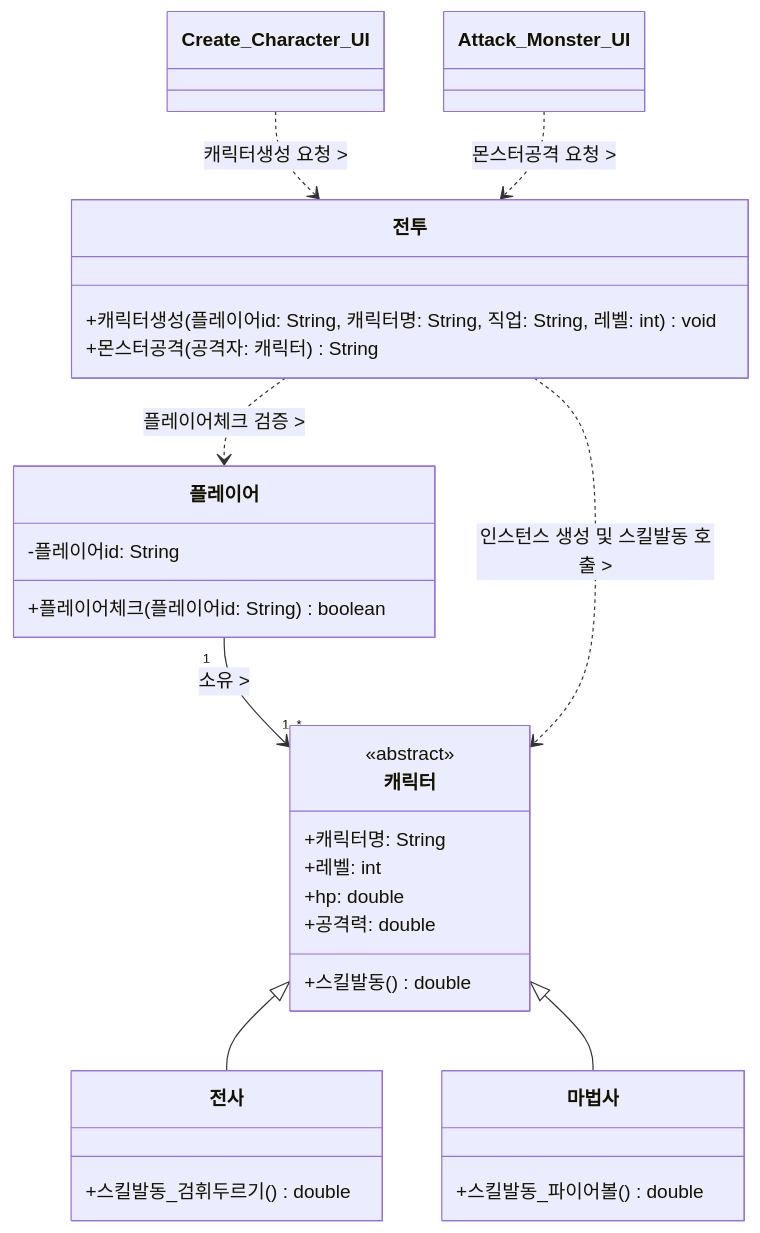
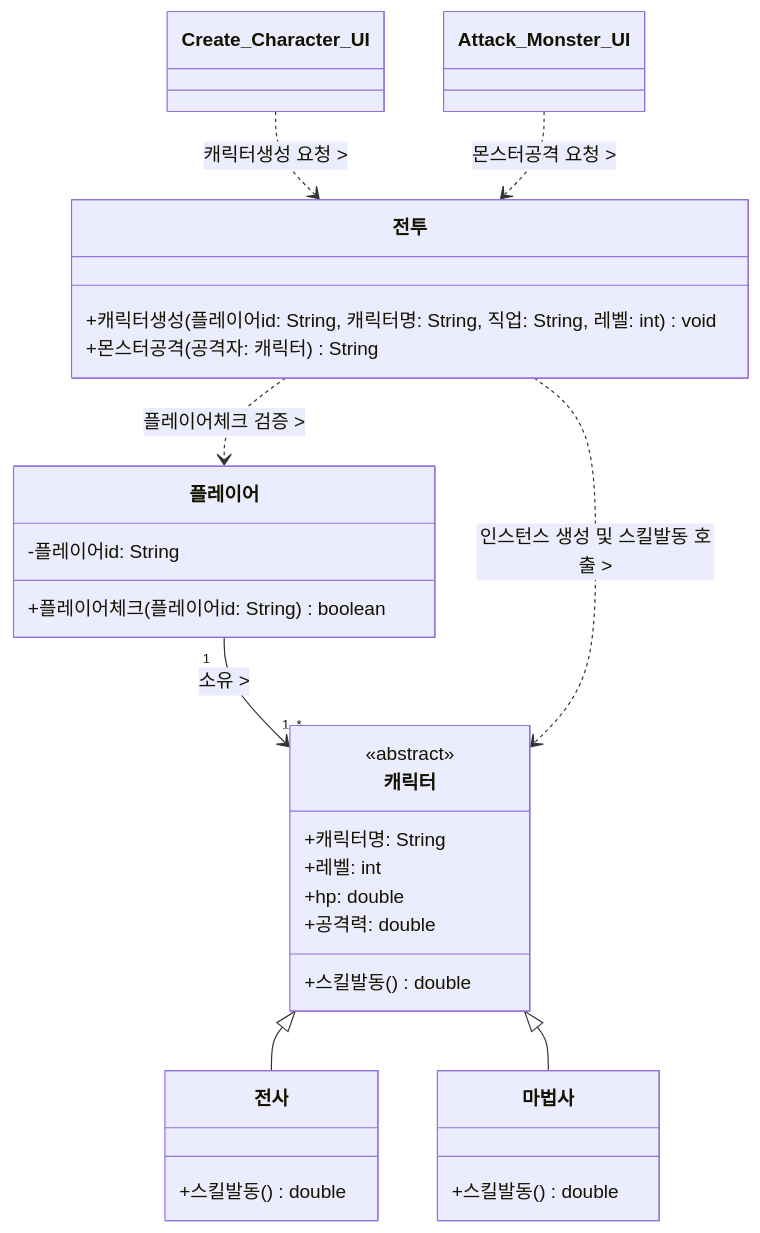
Before and after one commit to mezzunextdoor/DnF_Battle_B_03: the diagram in ClassDiagram.md, drawn with Mermaid.

````diff
--- a/ClassDiagram.md
+++ b/ClassDiagram.md
@@ -1,56 +1,56 @@
 ```mermaid
 classDiagram
     direction ISO
 
     %% UI Boundary Classes
     class Create_Character_UI {
 
     }
 
     class Attack_Monster_UI {
 
     }
 
     %% Control Class (요구사항 반영: 행위로 캐릭터생성, 몬스터공격 포함)
     class 전투 {
         +캐릭터생성(플레이어id: String, 캐릭터명: String, 직업: String, 레벨: int) void
         +몬스터공격(공격자: 캐릭터) String
     }
 
     %% Domain Classes
     class 플레이어 {
         -플레이어id: String
         +플레이어체크(플레이어id: String) boolean
     }
 
     class 캐릭터 {
         <<abstract>>
         +캐릭터명: String
         +레벨: int
         +hp: double
         +공격력: double
         +스킬발동() double
     }
 
     class 전사 {
-        +스킬발동_검휘두르기() double
+        +스킬발동() double
     }
 
     class 마법사 {
-        +스킬발동_파이어볼() double
+        +스킬발동() double
     }
 
     %% Relationships
     %% 1. 상속 및 소유 관계
     캐릭터 <|-- 전사
     캐릭터 <|-- 마법사
     플레이어 "1" --> "1..*" 캐릭터 : 소유 >
 
     %% 2. UI와 전투 클래스의 상호작용
     Create_Character_UI ..> 전투 : 캐릭터생성 요청 >
     Attack_Monster_UI ..> 전투 : 몬스터공격 요청 >
 
     %% 3. 전투 클래스의 비즈니스 로직 처리 (include 및 연산 수반)
     전투 ..> 플레이어 : 플레이어체크 검증 >
     전투 ..> 캐릭터 : 인스턴스 생성 및 스킬발동 호출 >
 ```
````
